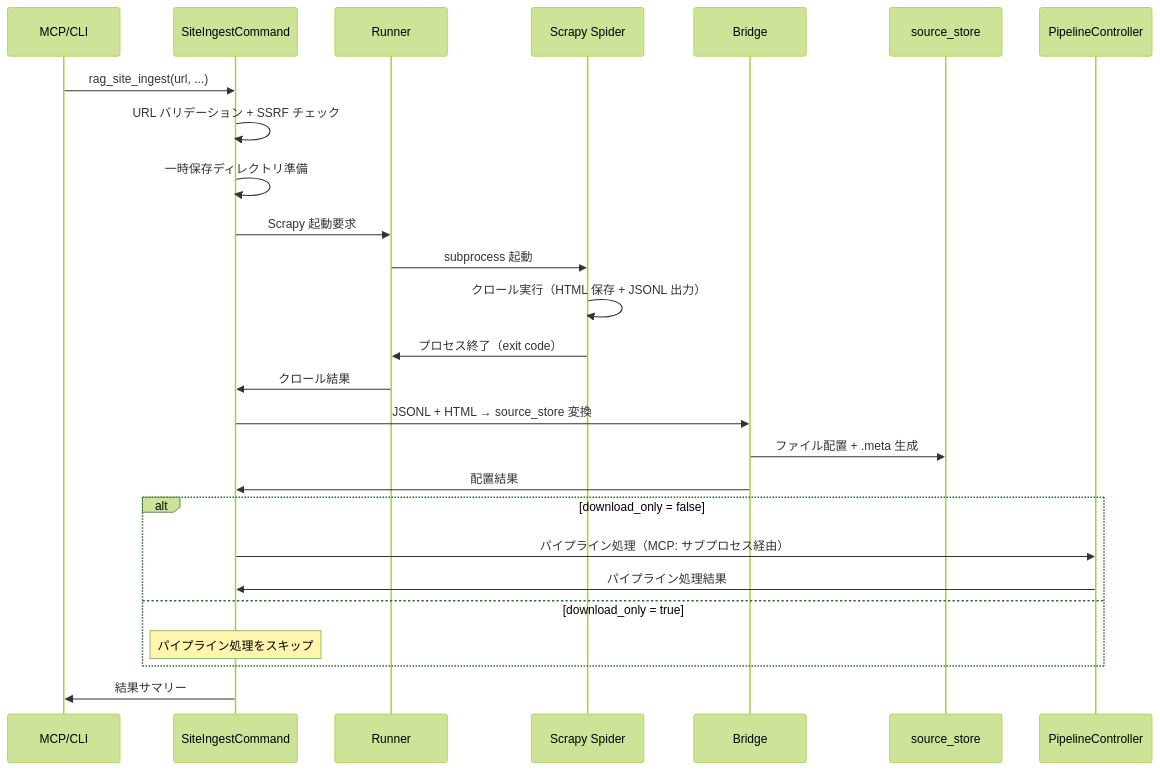
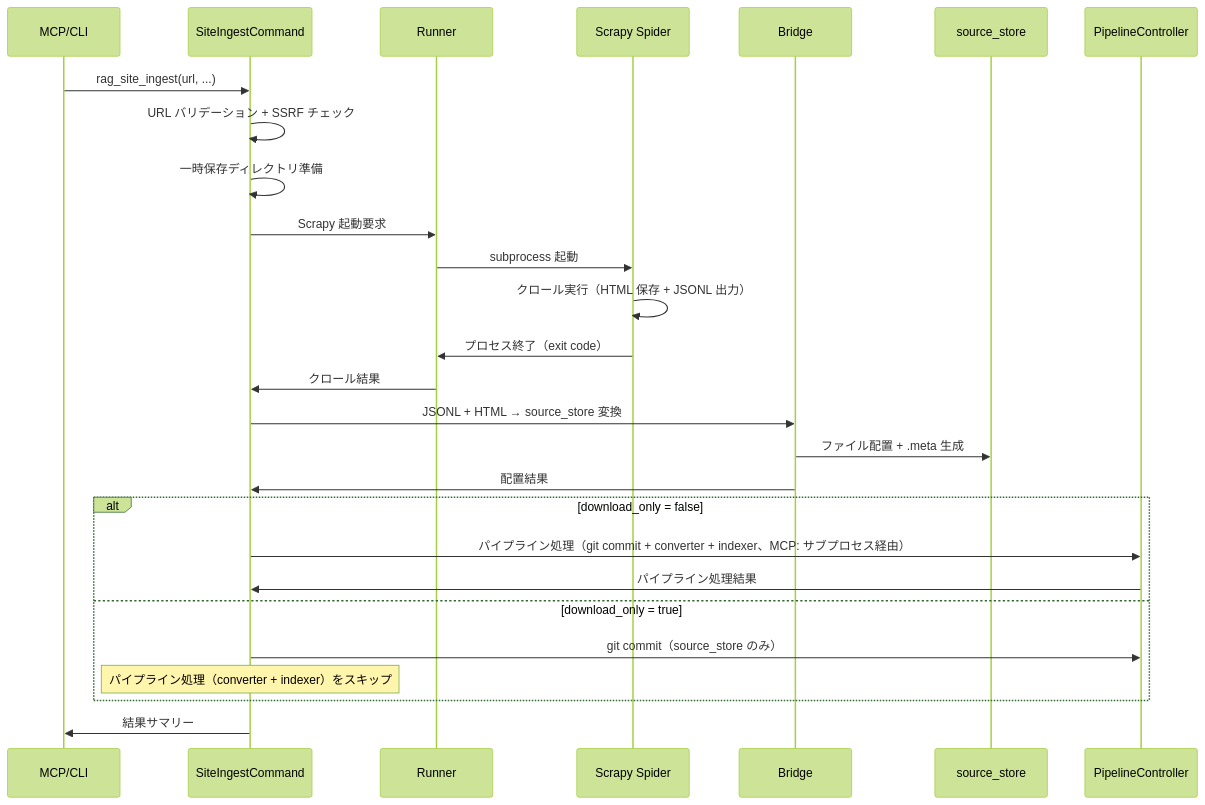
The second of 2 diagrams in docs/specs/site-ingest.md (becky3/rag-knowledge), drawn with Mermaid (forest theme) before and after one commit. The commit also changed other lines of this file and 4 other files, not shown here.

````diff
--- a/docs/specs/site-ingest.md
+++ b/docs/specs/site-ingest.md
@@ -342,29 +342,30 @@
 ```mermaid
 sequenceDiagram
     participant USER as MCP/CLI
     participant CMD as SiteIngestCommand
     participant RUNNER as Runner
     participant SPIDER as Scrapy Spider
     participant BRIDGE as Bridge
     participant SS as source_store
     participant PC as PipelineController
 
     USER->>CMD: rag_site_ingest(url, ...)
     CMD->>CMD: URL バリデーション + SSRF チェック
     CMD->>CMD: 一時保存ディレクトリ準備
     CMD->>RUNNER: Scrapy 起動要求
     RUNNER->>SPIDER: subprocess 起動
     SPIDER->>SPIDER: クロール実行（HTML 保存 + JSONL 出力）
     SPIDER->>RUNNER: プロセス終了（exit code）
     RUNNER->>CMD: クロール結果
     CMD->>BRIDGE: JSONL + HTML → source_store 変換
     BRIDGE->>SS: ファイル配置 + .meta 生成
     BRIDGE->>CMD: 配置結果
     alt download_only = false
-        CMD->>PC: パイプライン処理（MCP: サブプロセス経由）
+        CMD->>PC: パイプライン処理（git commit + converter + indexer、MCP: サブプロセス経由）
         PC->>CMD: パイプライン処理結果
     else download_only = true
-        Note over CMD: パイプライン処理をスキップ
+        CMD->>PC: git commit（source_store のみ）
+        Note over CMD: パイプライン処理（converter + indexer）をスキップ
     end
     CMD->>USER: 結果サマリー
 ```
````
